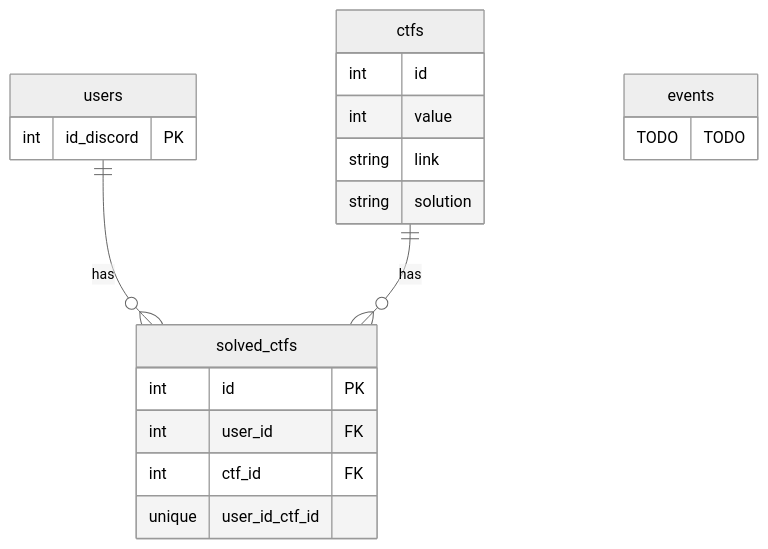
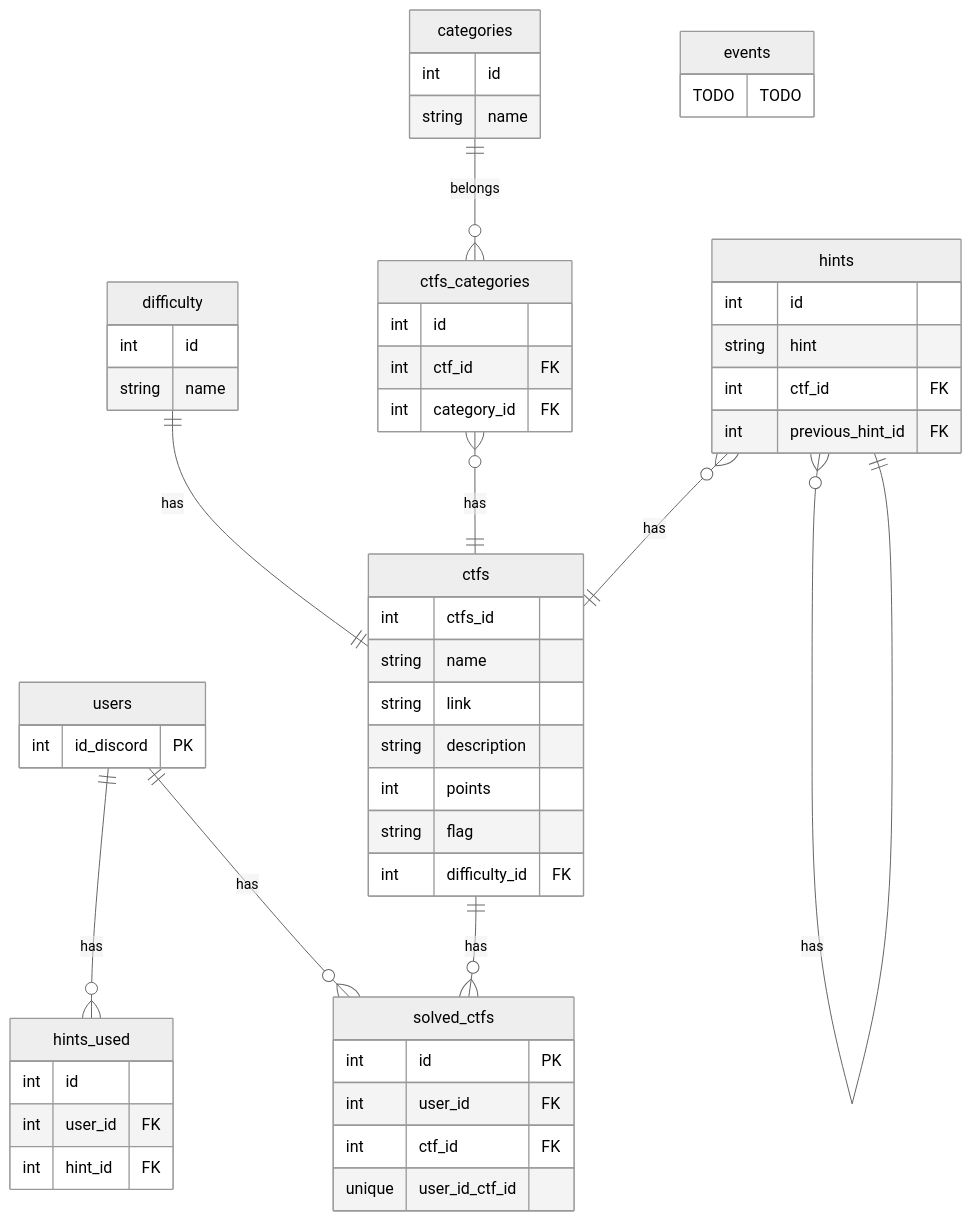
Before and after one commit to Soxomer/CTFVinciBot: the diagram in db.md, drawn with Mermaid (neutral theme). The commit also changed other lines of this file and 27 other files, not shown here.

``````diff
--- a/db.md
+++ b/db.md
@@ -1,26 +3,65 @@
 `````mermaid
 erDiagram
-    users ||--o{ solved_ctfs : has
+    users ||--o{ solved_ctfs: has
     users {
-        int id_discord PK 
+        int id_discord PK
     }
-    
+
     solved_ctfs {
         int id PK
         int user_id FK
         int ctf_id FK
         unique user_id_ctf_id
     }
-    
-    ctfs ||--o{ solved_ctfs : has
+
+    ctfs ||--o{ solved_ctfs: has
     ctfs {
+        int ctfs_id
+        string name
+        string link
+        string description
+        int points
+        string flag
+        int difficulty_id FK
+    }
+
+    categories ||--o{ ctfs_categories: belongs
+    categories {
         int id
-        int value
-        string link
-        string solution
+        string name
     }
-    
+
+    difficulty ||--|| ctfs: has
+    difficulty {
+        int id
+        string name
+    }
+
+    ctfs_categories }o--|| ctfs: has
+    ctfs_categories {
+        int id
+        int ctf_id FK
+        int category_id FK
+    }
+
+    hints }o--|| ctfs: has
+    hints }o--|| hints: has
+    hints {
+        int id
+        string hint
+        int ctf_id FK
+        int previous_hint_id FK
+    }
+
+    users ||--o{ hints_used: has
+    hints_used {
+        int id
+        int user_id FK
+        int hint_id FK
+    }
+
     events {
         TODO TODO
     }
+
 `````
``````
